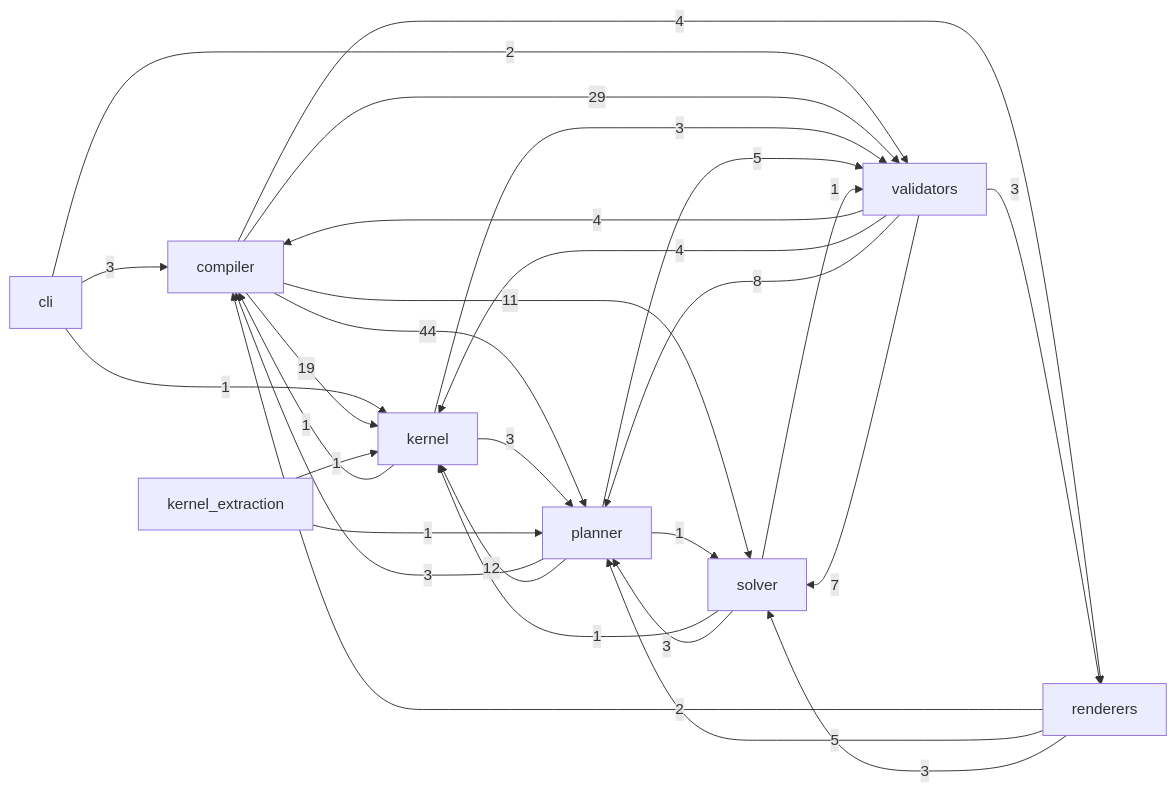
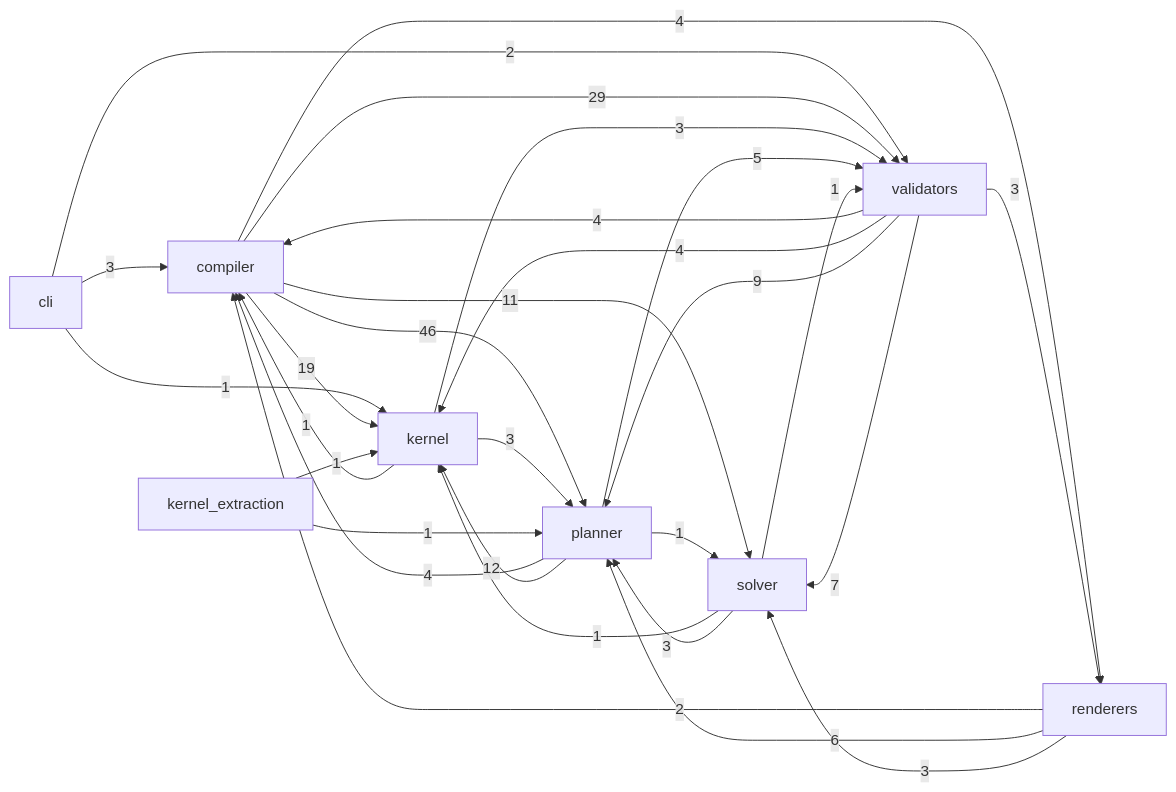
Before and after one commit to Kingsley-Cyber/cinematic-compiler-core: the diagram in docs/reference/code.md, drawn with Mermaid. The commit also changed other lines of this file and 36 other files, not shown here.

````diff
--- a/docs/reference/code.md
+++ b/docs/reference/code.md
@@ -15,31 +15,31 @@
 ```mermaid
 flowchart LR
   cli -->|3| compiler
   cli -->|1| kernel
   cli -->|2| validators
   compiler -->|19| kernel
-  compiler -->|44| planner
+  compiler -->|46| planner
   compiler -->|4| renderers
   compiler -->|11| solver
   compiler -->|29| validators
   kernel -->|1| compiler
   kernel -->|3| planner
   kernel -->|3| validators
   kernel_extraction -->|1| kernel
   kernel_extraction -->|1| planner
-  planner -->|3| compiler
+  planner -->|4| compiler
   planner -->|12| kernel
   planner -->|1| solver
   planner -->|5| validators
   renderers -->|2| compiler
-  renderers -->|5| planner
+  renderers -->|6| planner
   renderers -->|3| solver
   solver -->|1| kernel
   solver -->|3| planner
   solver -->|1| validators
   validators -->|4| compiler
   validators -->|4| kernel
-  validators -->|8| planner
+  validators -->|9| planner
   validators -->|3| renderers
   validators -->|7| solver
 ```
````
